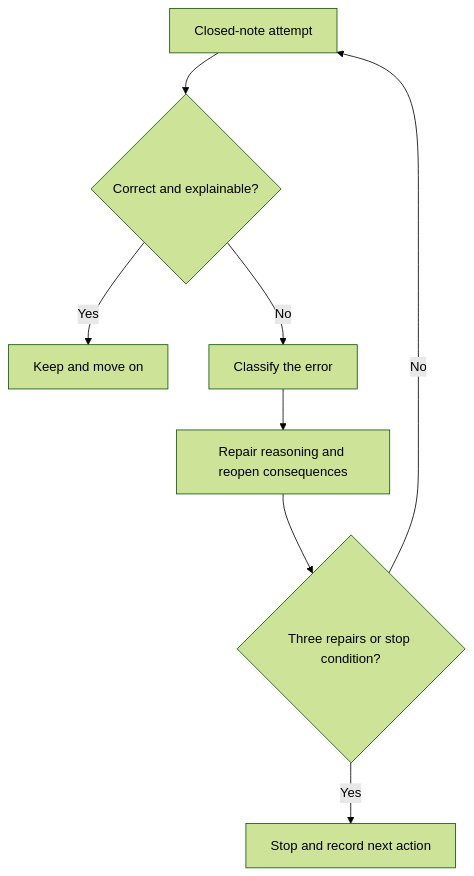
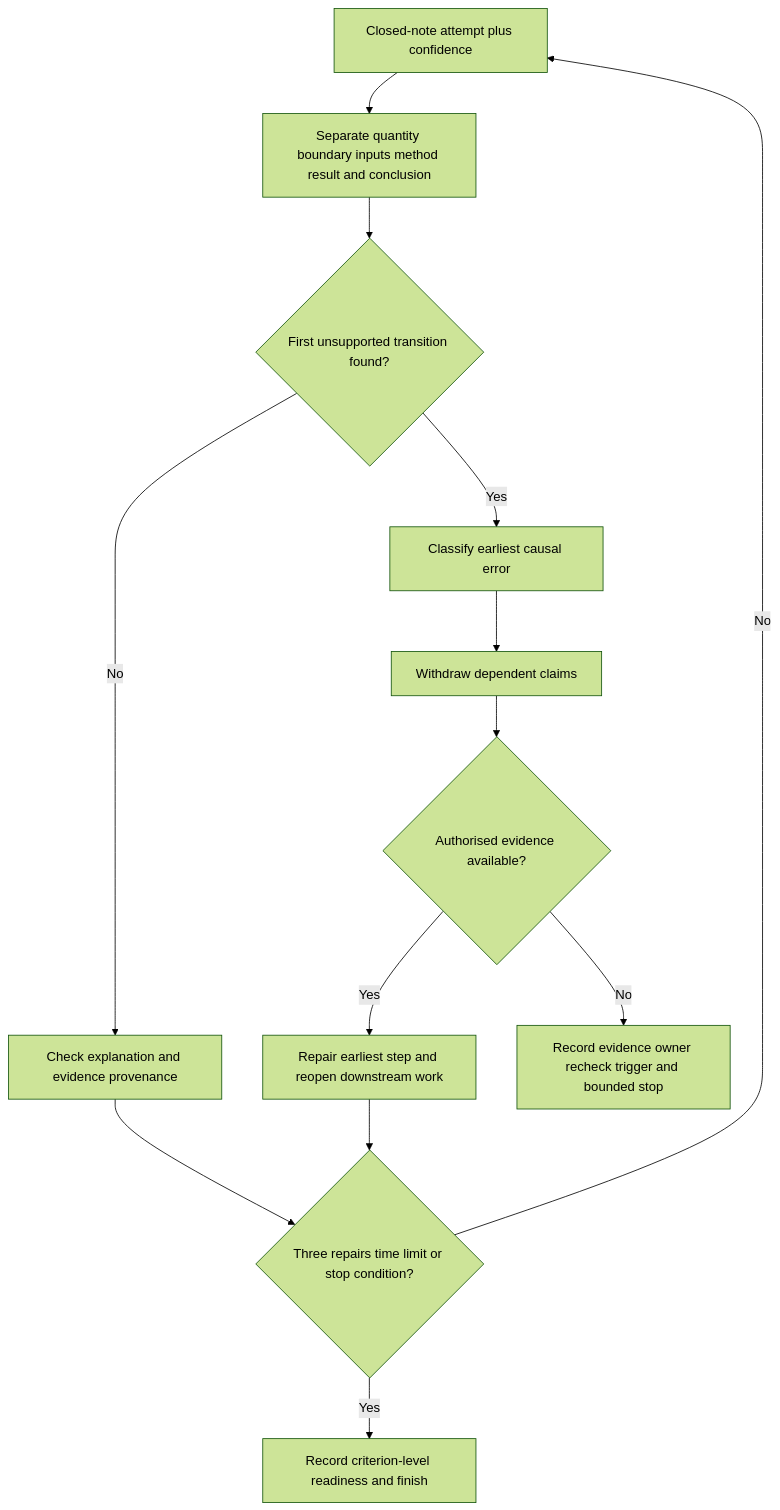
The first of 2 diagrams in docs/learning-plans/12-week/modules/day-33-rest-retrieval-and-formula-selection-correction.md (andrew3stedall/capstone), drawn with Mermaid (forest theme) before and after one commit. The commit also changed other lines of this file, not shown here.

````diff
--- a/docs/learning-plans/12-week/modules/day-33-rest-retrieval-and-formula-selection-correction.md
+++ b/docs/learning-plans/12-week/modules/day-33-rest-retrieval-and-formula-selection-correction.md
@@ -64,10 +101,15 @@
 ```mermaid
 flowchart TD
-    A[Closed-note attempt] --> B{Correct and explainable?}
-    B -->|Yes| C[Keep and move on]
-    B -->|No| D[Classify the error]
-    D --> E[Repair reasoning and reopen consequences]
-    E --> F{Three repairs or stop condition?}
-    F -->|Yes| G[Stop and record next action]
-    F -->|No| A
+    A[Closed-note attempt plus confidence] --> B[Separate quantity boundary inputs method result and conclusion]
+    B --> C{First unsupported transition found?}
+    C -->|No| D[Check explanation and evidence provenance]
+    C -->|Yes| E[Classify earliest causal error]
+    E --> F[Withdraw dependent claims]
+    F --> G{Authorised evidence available?}
+    G -->|Yes| H[Repair earliest step and reopen downstream work]
+    G -->|No| I[Record evidence owner recheck trigger and bounded stop]
+    H --> J{Three repairs time limit or stop condition?}
+    D --> J
+    J -->|No| A
+    J -->|Yes| K[Record criterion-level readiness and finish]
 ```
````
